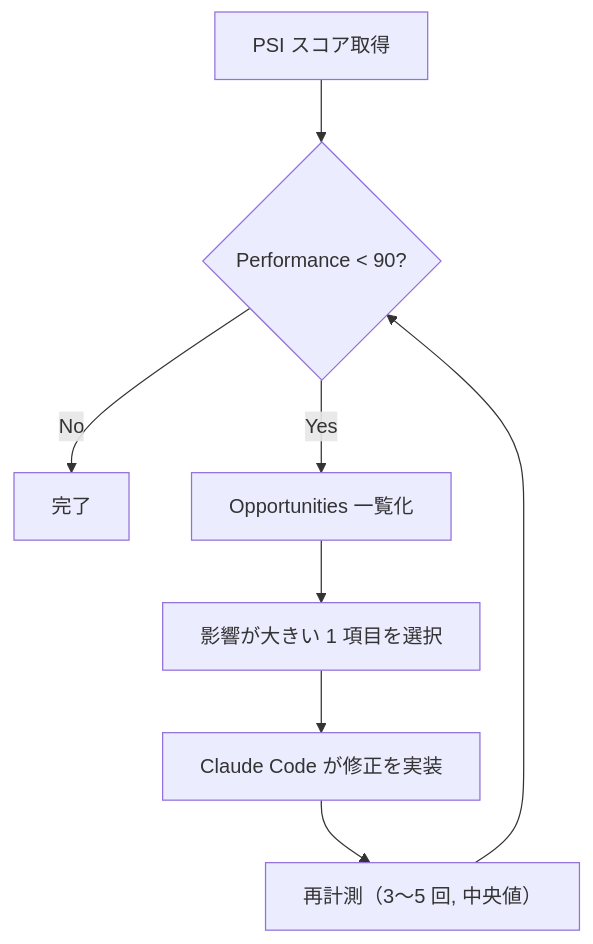
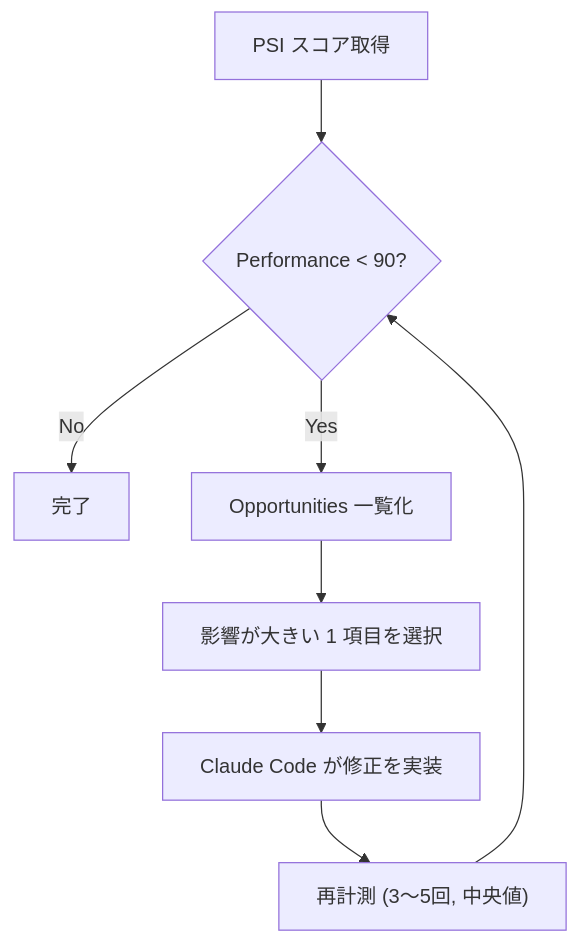
The diagram in articles/20260430-nextjs-psi-with-claude.md (liatris000/zenn_create), drawn with Mermaid before and after one commit. The commit also changed other lines of this file, not shown here.

````diff
--- a/articles/20260430-nextjs-psi-with-claude.md
+++ b/articles/20260430-nextjs-psi-with-claude.md
@@ -49,10 +59,10 @@
 ```mermaid
 flowchart TD
     A[PSI スコア取得] --> B{Performance < 90?}
     B -- No --> G[完了]
     B -- Yes --> C[Opportunities 一覧化]
     C --> D[影響が大きい 1 項目を選択]
     D --> E[Claude Code が修正を実装]
-    E --> F["再計測（3〜5 回, 中央値）"]
+    E --> F["再計測 (3〜5回, 中央値)"]
     F --> B
 ```
````
